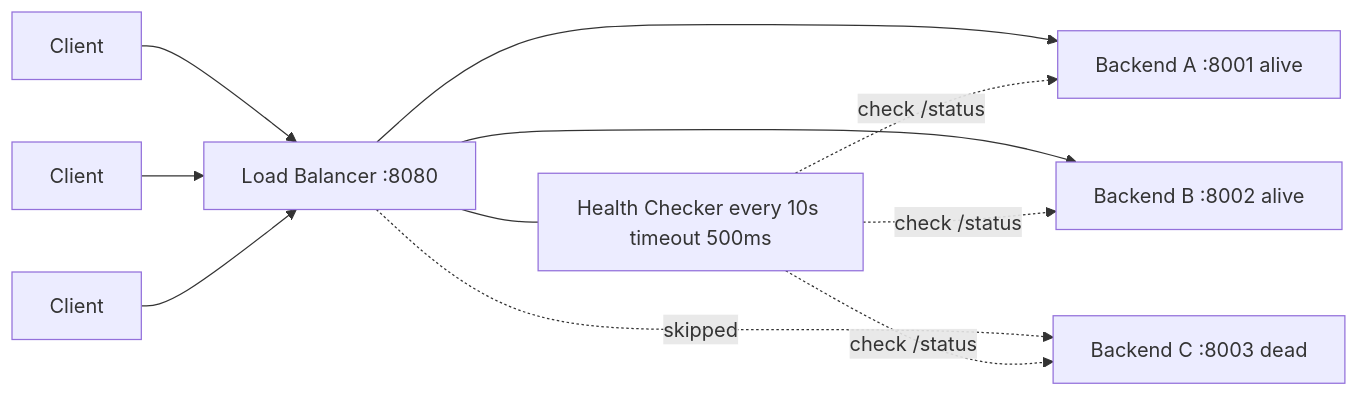
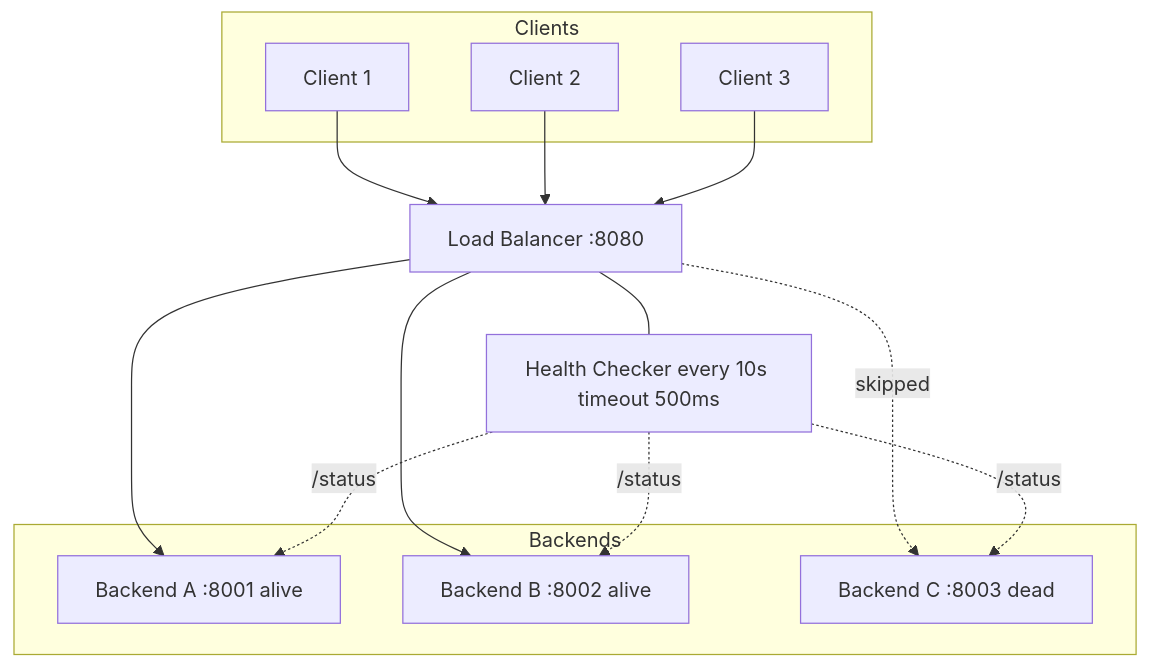
One commit to Abhayrajgithub1234/LoadBalancer changed the diagram in README.md. Above: the diagram before and after it, drawn with Mermaid.

Commit message:
fixed the architecture diagram

````diff
--- a/README.md
+++ b/README.md
@@ -55,16 +55,32 @@
 ```mermaid
-flowchart LR
-    C1[Client] --> LB[Load Balancer :8080]
-    C2[Client] --> LB
-    C3[Client] --> LB
+flowchart TD
+    subgraph Clients
+        C1[Client 1]
+        C2[Client 2]
+        C3[Client 3]
+    end
 
-    LB --> A[Backend A :8001 alive]
-    LB --> B[Backend B :8002 alive]
-    LB -. skipped .-> C[Backend C :8003 dead]
+    LB[Load Balancer :8080]
 
-    HC[Health Checker every 10s timeout 500ms] -. check /status .-> A
-    HC -. check /status .-> B
-    HC -. check /status .-> C
+    subgraph Backends
+        A[Backend A :8001 alive]
+        B[Backend B :8002 alive]
+        C[Backend C :8003 dead]
+    end
+
+    HC[Health Checker every 10s timeout 500ms]
+
+    C1 --> LB
+    C2 --> LB
+    C3 --> LB
+
+    LB --> A
+    LB --> B
+    LB -. skipped .-> C
+
+    HC -. /status .-> A
+    HC -. /status .-> B
+    HC -. /status .-> C
 
     LB --- HC
 ```
````
